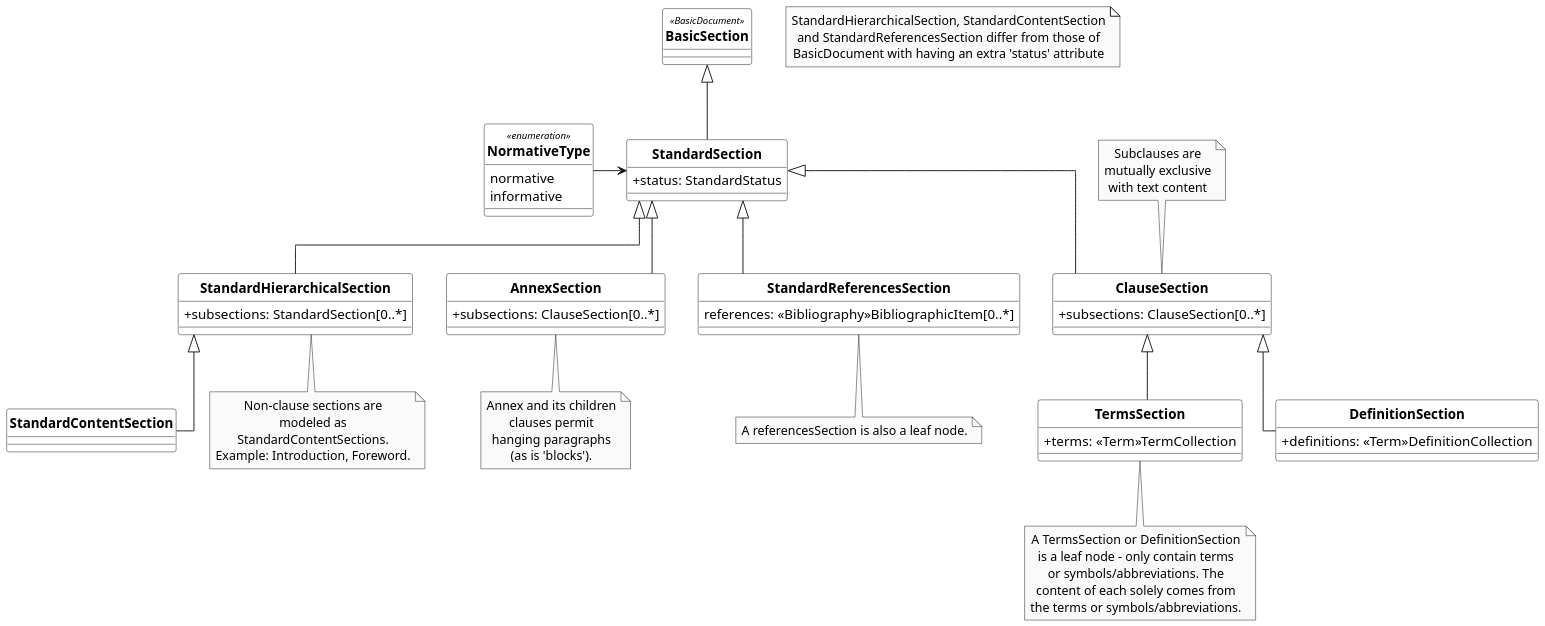
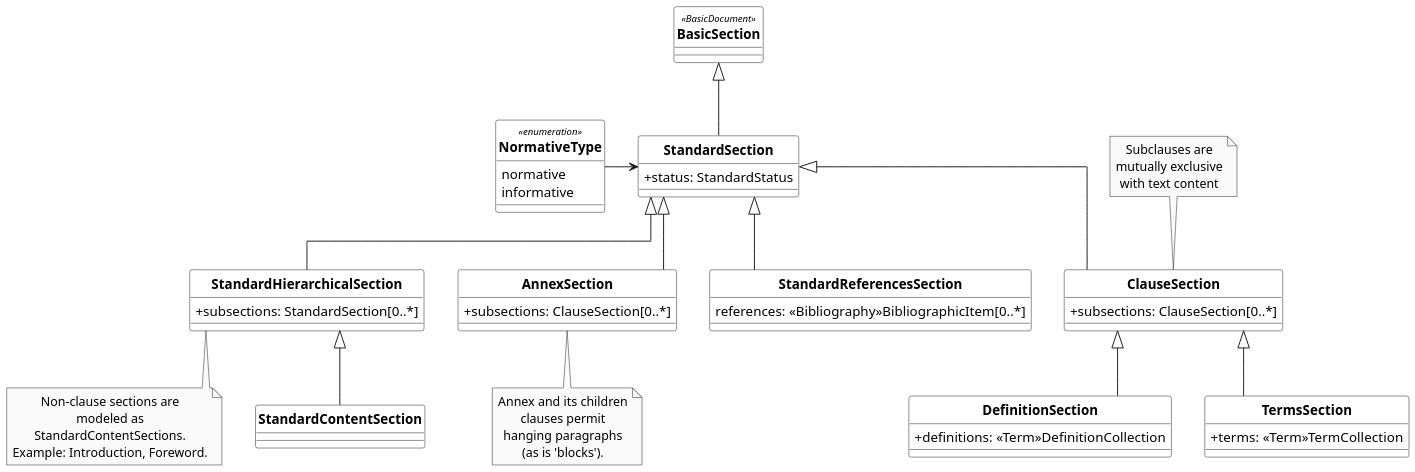
Before and after one commit to CalConnect/csd-standard-doc: the diagram in standoc_uml/StandardDoc_Sections.wsd, drawn with PlantUML. The commit also changed 9 other files, not shown here.

```diff
--- a/standoc_uml/StandardDoc_Sections.wsd
+++ b/standoc_uml/StandardDoc_Sections.wsd
@@ -1,121 +1,118 @@
 @startuml StandardDoc_Sections
 /'
 Diagram:        StandardDoc_Sections
 DateCreate:     22/08/2018
 Description:    Metanorma StandardDocument ("StanDoc") is a family of document models that forms the basis of Metanorma IsoDoc, which is used to represent 
                 ISO Standards and similarly structured standards. It itself is an instantiation of BasicDocument (BasicDoc)
                 It is one of the document models that Selagraph operates on.
                 Metanorma StandardDocument itself is a document model can form the basis of multiple standard document types, including:
                 
                 - ISO Standards
                 - CSD Standards
                 - Chinese Standards (GB and family)
                 
                 The Relaton Bibliography UML models used within these models are located here: Relaton BibModels
 
 Hystory of changes:
 > DD/MM/YYYY
     - 
     - 
 '/
 
 '******* CONFIGURATION ************************************************
 skinparam classAttributeIconSize 0
 skinparam Dpi 150
 skinparam Monochrome true
 skinparam LineType ortho
 hide circle
 /' skinparam CircledCharacterRadius 0 '/
 /' skinparam CircledCharacterFontSize 0 '/
 skinparam Default {
 TextAlignment center
 FontName Helvetica
 }
 skinparam Class {
 AttributeIconSize 0
 BackgroundColor White
 FontStyle bold
 StereotypeFontSize 10
 }
 skinparam Rectangle {
 BackgroundColor White
 FontStyle bold
 FontSize 11
 StereotypeFontSize 10
 }
 skinparam Object {
 BackgroundColor White
 FontStyle bold
 FontSize 11
 StereotypeFontSize 10
 }
 
 skinparam Entity {
 StereotypeFontSize 10
 }
 
 '******* CLASS DEFINITION *********************************************
 class BasicSection <<BasicDocument>> {
    
 }
 
 class StandardSection {
     +status: StandardStatus
 }
 
 class StandardHierarchicalSection{
     +subsections: StandardSection[0..*]
 }
 
 class StandardContentSection{
 
 }
 
 class ClauseSection{
     +subsections: ClauseSection[0..*]
 }
 
 class TermsSection{
     +terms: <<Term>>TermCollection
 }
 
 class DefinitionSection{
     +definitions: <<Term>>DefinitionCollection
 }
 
 class AnnexSection{
     +subsections: ClauseSection[0..*]
 }
 
 class StandardReferencesSection{
     references: <<Bibliography>>BibliographicItem[0..*]
 }
 
 enum NormativeType <<enumeration>>{
     normative
     informative
 }
 
 '******* NOTES ********************************************************
-note "StandardHierarchicalSection, StandardContentSection\nand StandardReferencesSection differ from those of\nBasicDocument with having an extra 'status' attribute" as N1
 note bottom of StandardHierarchicalSection: Non-clause sections are\nmodeled as\nStandardContentSections.\nExample: Introduction, Foreword.
 note top of ClauseSection: Subclauses are\nmutually exclusive\nwith text content
-note bottom of TermsSection: A TermsSection or DefinitionSection\nis a leaf node - only contain terms\nor symbols/abbreviations. The\ncontent of each solely comes from\nthe terms or symbols/abbreviations.
 note bottom of AnnexSection: Annex and its children\nclauses permit\nhanging paragraphs\n(as is 'blocks').
-note bottom of StandardReferencesSection: A referencesSection is also a leaf node.
 
 '******* CLASS RELATIONS **********************************************
 BasicSection <|-- StandardSection
 
 StandardSection <-left- NormativeType
 StandardSection <|-- StandardHierarchicalSection
 StandardSection <|-- ClauseSection
 StandardSection <|-- AnnexSection
 StandardSection <|-- StandardReferencesSection
 
 StandardHierarchicalSection <|-- StandardContentSection
 
 ClauseSection <|-- TermsSection
 ClauseSection <|-- DefinitionSection
 
 @enduml
```
